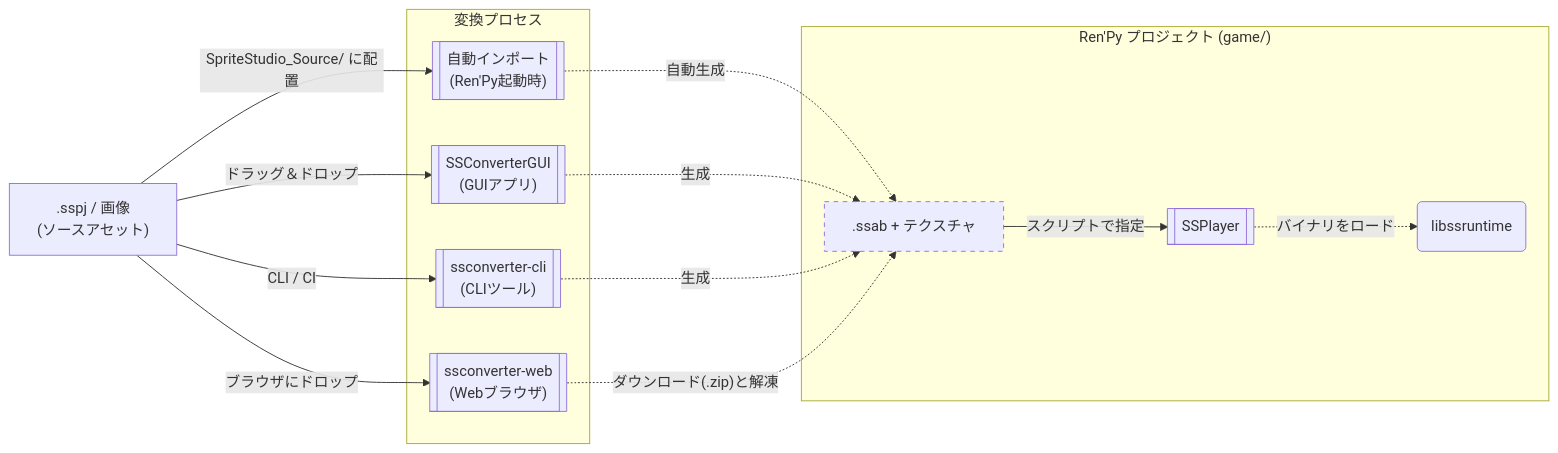
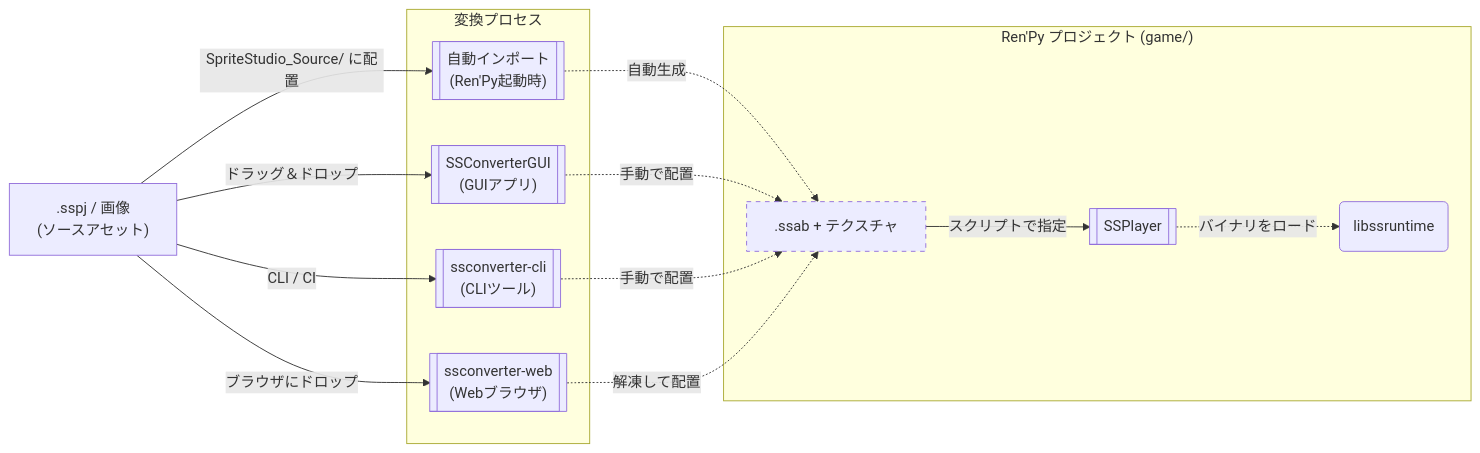
Before and after one commit to cri-middleware/SSPlayerForRenPy: the diagram in docs/ja/import.md, drawn with Mermaid. The commit also changed 1 other file, not shown here.

Commit message:
docs: clarify manual deploy step in import diagram

````diff
--- a/docs/ja/import.md
+++ b/docs/ja/import.md
@@ -5,32 +5,32 @@
 ```mermaid
 graph LR
     SS[" .sspj / 画像<br>(ソースアセット) "]
 
     subgraph Convert ["変換プロセス"]
         AUTO[[" 自動インポート<br>(Ren'Py起動時) "]]
         GUI[[" SSConverterGUI<br>(GUIアプリ) "]]
         CLI[[" ssconverter-cli<br>(CLIツール) "]]
         WEB[[" ssconverter-web<br>(Webブラウザ) "]]
     end
 
     subgraph RenPy ["Ren'Py プロジェクト (game/)"]
         BIN[" .ssab + テクスチャ "]
         NODE[[ SSPlayer ]]
         RT(" libssruntime ")
     end
 
     SS -- "SpriteStudio_Source/ に配置" --> AUTO
     SS -- "ドラッグ＆ドロップ" --> GUI
     SS -- "CLI / CI" --> CLI
     SS -- "ブラウザにドロップ" --> WEB
     AUTO -. "自動生成" .-> BIN
-    GUI -. "生成" .-> BIN
-    CLI -. "生成" .-> BIN
-    WEB -. "ダウンロード(.zip)と解凍" .-> BIN
+    GUI -. "手動で配置" .-> BIN
+    CLI -. "手動で配置" .-> BIN
+    WEB -. "解凍して配置" .-> BIN
     
     BIN -- "スクリプトで指定" --> NODE
     NODE -. "バイナリをロード" .-> RT
 
     classDef generated stroke-dasharray: 5 5;
     class BIN generated;
 ```
````
